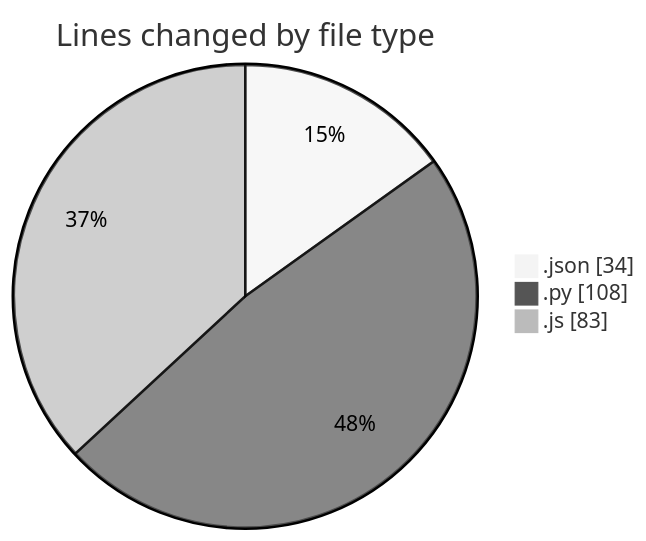
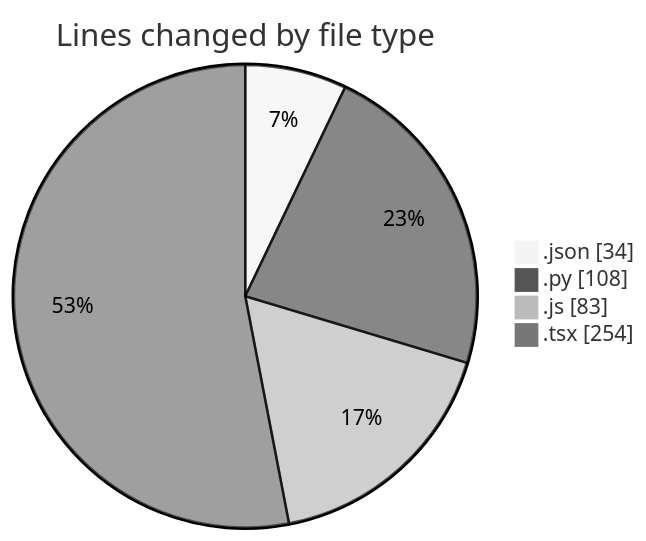
The first of 2 diagrams in 2026-07-28/nxtqube_webapp/README.md (nxtqubesakshisongat/code-tracking), drawn with Mermaid (neutral theme) before and after one commit. The commit also changed other lines of this file and 1 other file, not shown here.

````diff
--- a/2026-07-28/nxtqube_webapp/README.md
+++ b/2026-07-28/nxtqube_webapp/README.md
@@ -22,7 +23,8 @@
 ```mermaid
 pie showData
 title Lines changed by file type
 ".json" : 34
 ".py" : 108
 ".js" : 83
+".tsx" : 254
 ```
````
